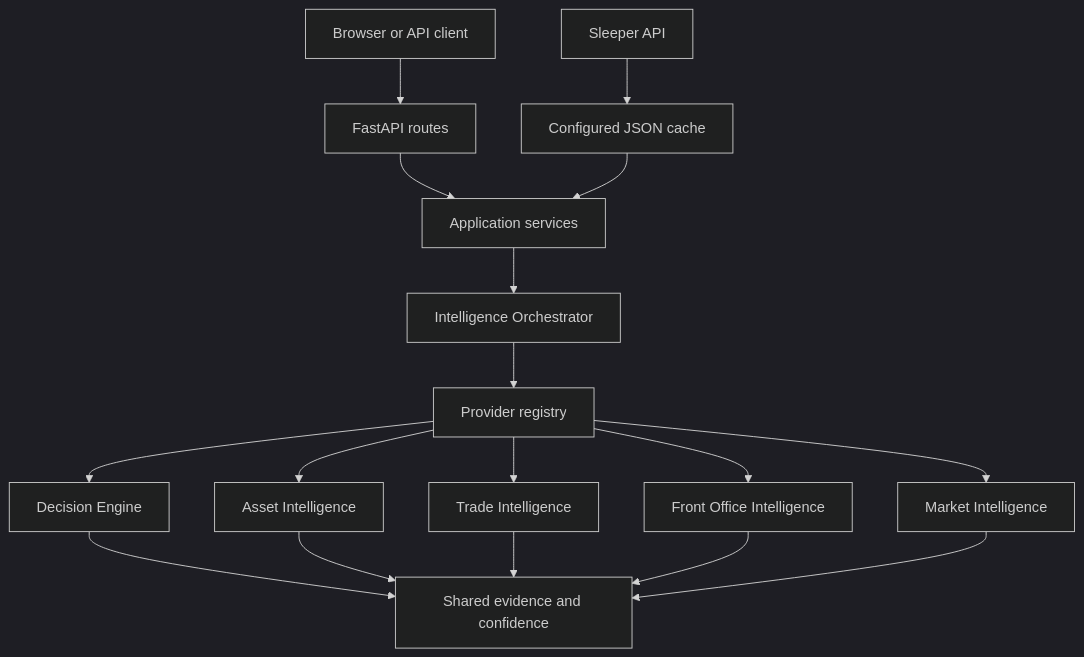
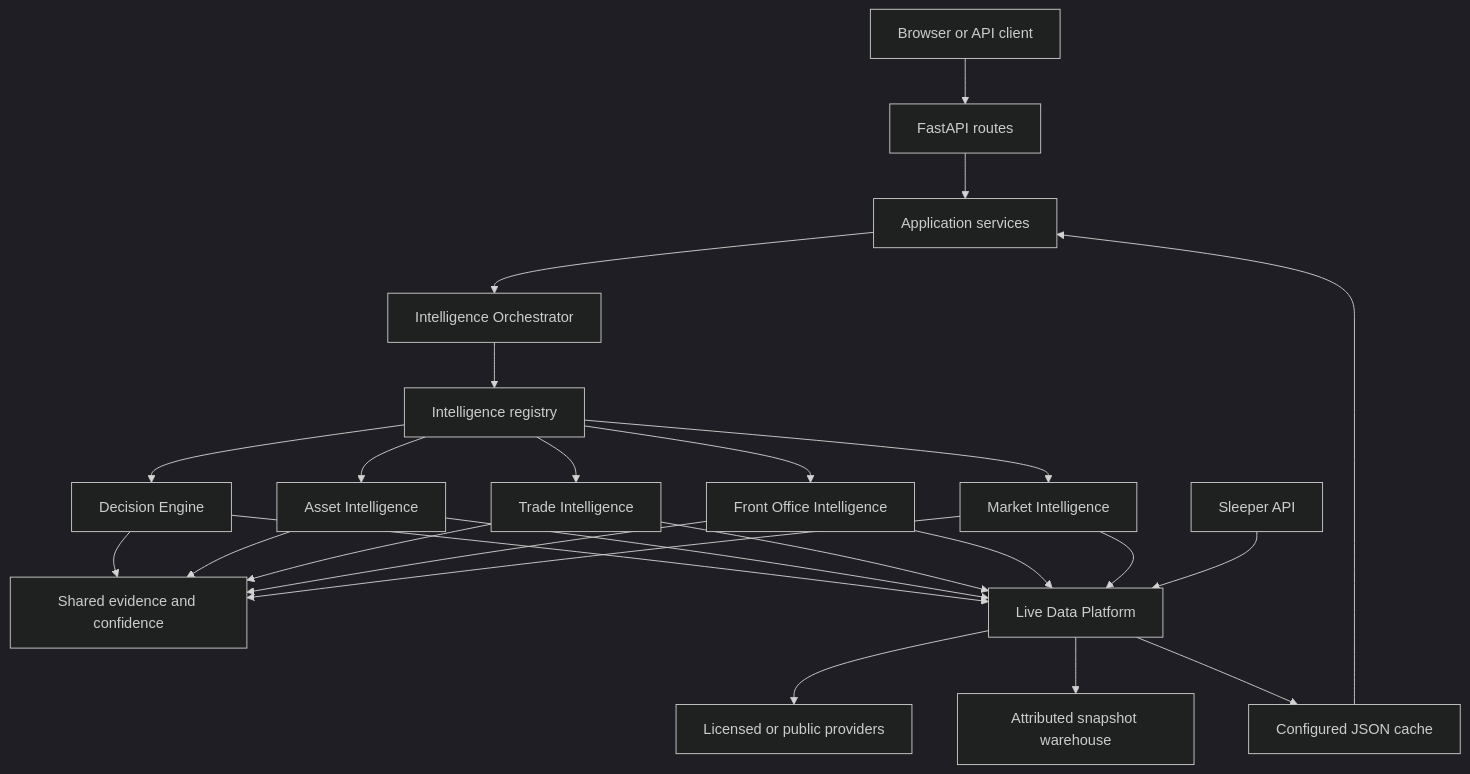
The diagram in docs/ARCHITECTURE.md (Richarddavis47/dtos), drawn with Mermaid (dark theme) before and after one commit. The commit also changed other lines of this file and 28 other files, not shown here.

Commit message:
DTOS v1.4.0 Live Data Platform and Market Integration

````diff
--- a/docs/ARCHITECTURE.md
+++ b/docs/ARCHITECTURE.md
@@ -3,15 +3,19 @@
 ```mermaid
 flowchart TD
     Browser[Browser or API client] --> FastAPI[FastAPI routes]
     FastAPI --> Services[Application services]
     Services --> Orchestrator[Intelligence Orchestrator]
-    Orchestrator --> Registry[Provider registry]
+    Orchestrator --> Registry[Intelligence registry]
     Registry --> Decision[Decision Engine]
     Registry --> Asset[Asset Intelligence]
     Registry --> Trade[Trade Intelligence]
     Registry --> FrontOffice[Front Office Intelligence]
     Registry --> Market[Market Intelligence]
     Decision & Asset & Trade & FrontOffice & Market --> Evidence[Shared evidence and confidence]
-    Sleeper[Sleeper API] --> Cache[Configured JSON cache]
+    Decision & Asset & Trade & FrontOffice & Market --> DataPlatform[Live Data Platform]
+    DataPlatform --> External[Licensed or public providers]
+    DataPlatform --> Warehouse[Attributed snapshot warehouse]
+    Sleeper[Sleeper API] --> DataPlatform
+    DataPlatform --> Cache[Configured JSON cache]
     Cache --> Services
 ```
````
